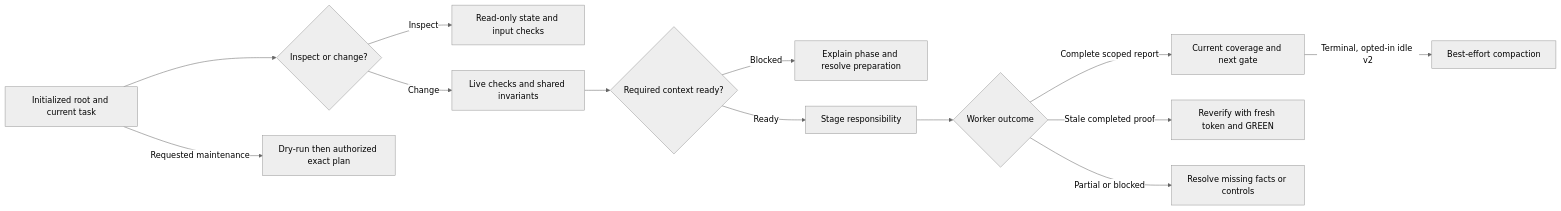
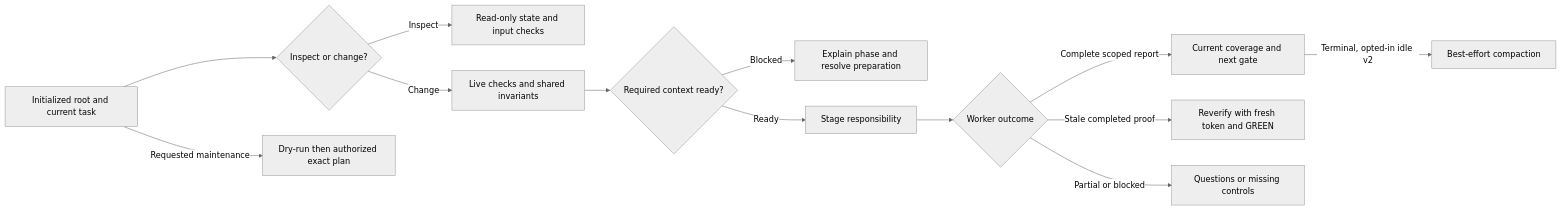
The diagram in skills/workflow/SKILL.md (wgentil/devflow), drawn with Mermaid (neutral theme) before and after one commit. The commit also changed other lines of this file and 20 other files, not shown here.

````diff
--- a/skills/workflow/SKILL.md
+++ b/skills/workflow/SKILL.md
@@ -16,15 +16,15 @@
 ```mermaid
 flowchart LR
     Scope[Initialized root and current task] --> Mode{Inspect or change?}
     Mode -->|Inspect| Inspect[Read-only state and input checks]
     Mode -->|Change| Checks[Live checks and shared invariants]
     Checks --> Prep{Required context ready?}
     Prep -->|Blocked| Context[Explain phase and resolve preparation]
     Prep -->|Ready| Work[Stage responsibility]
     Work --> Result{Worker outcome}
     Result -->|Complete scoped report| Evidence[Current coverage and next gate]
     Result -->|Stale completed proof| Reverify[Reverify with fresh token and GREEN]
-    Result -->|Partial or blocked| Recover[Resolve missing facts or controls]
+    Result -->|Partial or blocked| Recover[Questions or missing controls]
     Evidence -->|Terminal, opted-in idle v2| Compact[Best-effort compaction]
     Scope -->|Requested maintenance| Plan[Dry-run then authorized exact plan]
 ```
````
